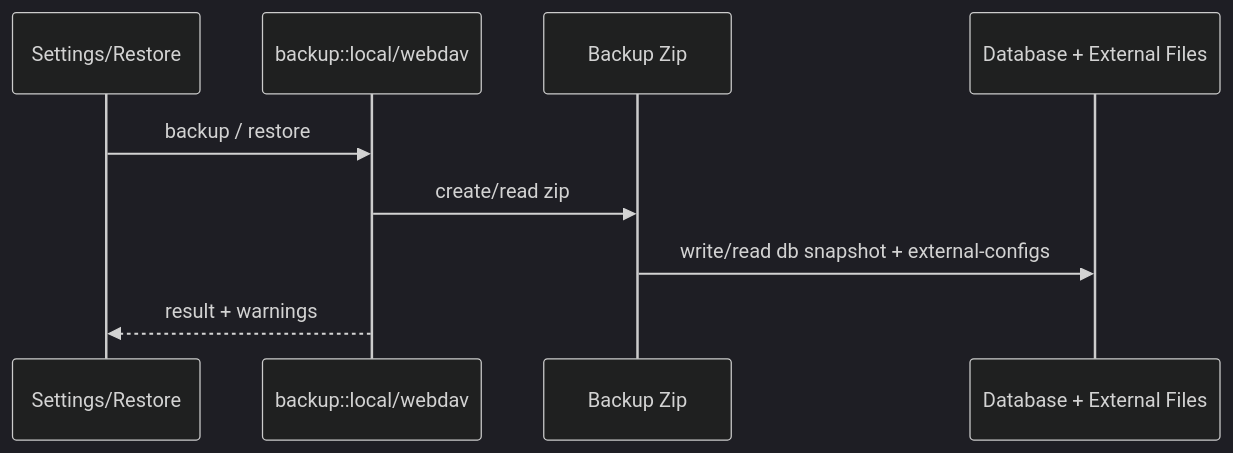
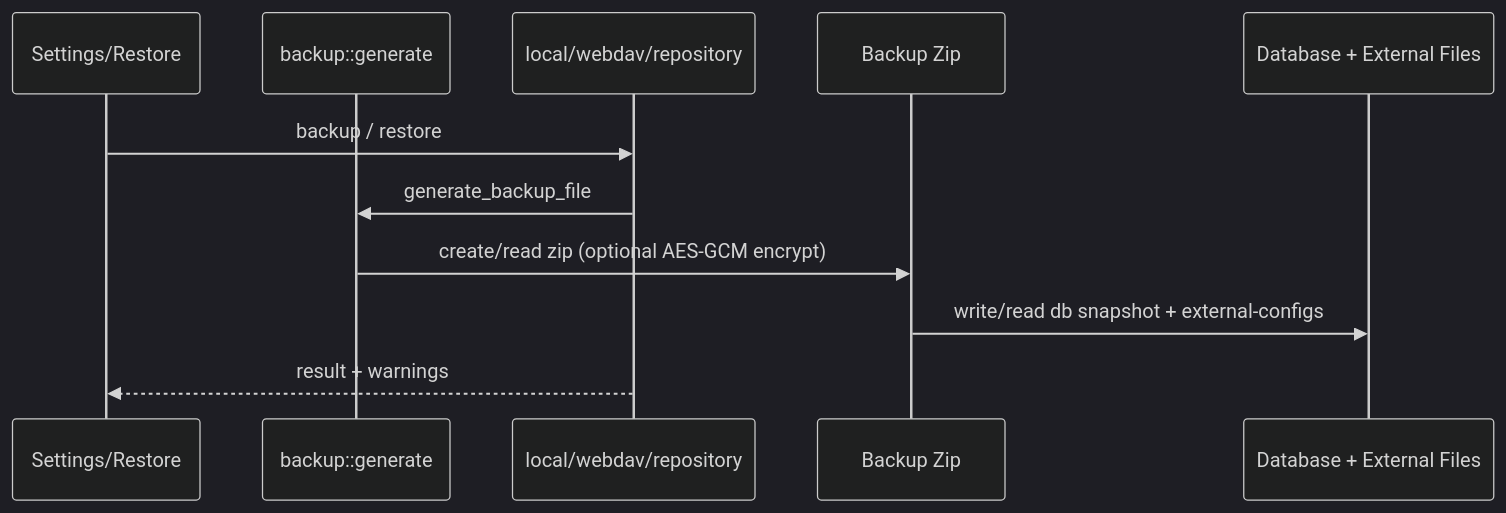
One commit to xue-ding-e/AI-Toolbox-Next changed the diagram in tauri/src/settings/backup/AGENTS.md. Above: the diagram before and after it, drawn with Mermaid (dark theme). The commit also changed other lines of this file and 37 other files, not shown here.

First line of the commit message:
feat: implement backup filename parsing and repository settings

````diff
--- a/tauri/src/settings/backup/AGENTS.md
+++ b/tauri/src/settings/backup/AGENTS.md
@@ -33,12 +48,14 @@
 ```mermaid
 sequenceDiagram
   participant UI as Settings/Restore
-  participant Backup as backup::local/webdav
+  participant Gen as backup::generate
+  participant Store as local/webdav/repository
   participant Zip as Backup Zip
   participant DB as Database + External Files
 
-  UI->>Backup: backup / restore
-  Backup->>Zip: create/read zip
+  UI->>Store: backup / restore
+  Store->>Gen: generate_backup_file
+  Gen->>Zip: create/read zip (optional AES-GCM encrypt)
   Zip->>DB: write/read db snapshot + external-configs
-  Backup-->>UI: result + warnings
+  Store-->>UI: result + warnings
 ```
````
